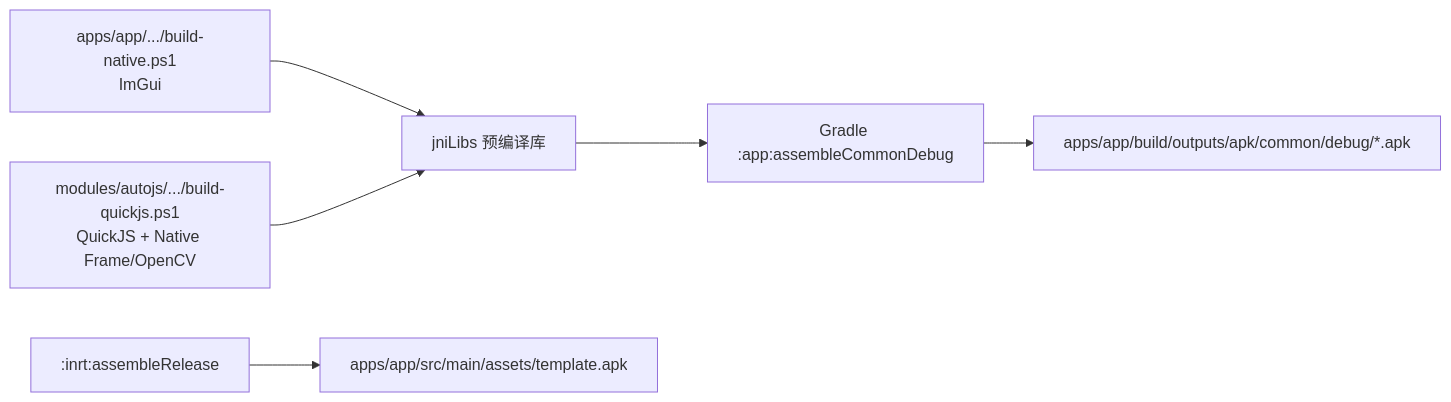
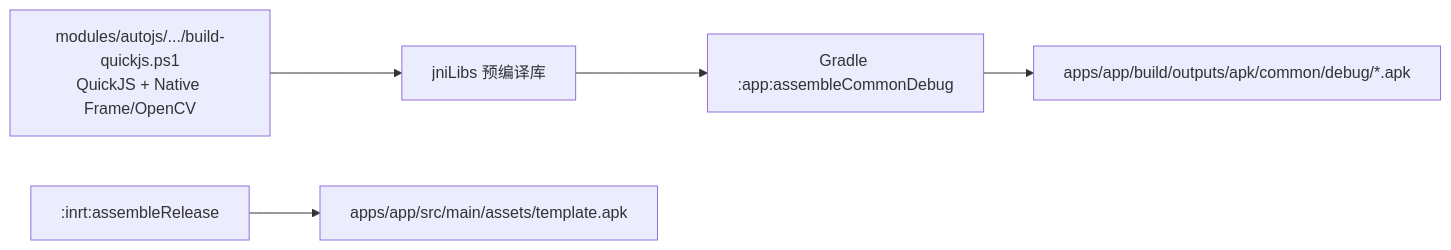
One commit to Jdkshen/ai.js-pro changed the diagram in docs/guides/编译指南.md. Above: the diagram before and after it, drawn with Mermaid. The commit also changed other lines of this file and 66 other files, not shown here.

````diff
--- a/docs/guides/编译指南.md
+++ b/docs/guides/编译指南.md
@@ -9,8 +9,7 @@
 ```mermaid
 flowchart LR
-    A["apps/app/.../build-native.ps1<br/>ImGui"] --> C[jniLibs 预编译库]
-    B["modules/autojs/.../build-quickjs.ps1<br/>QuickJS + Native Frame/OpenCV"] --> C
+    B["modules/autojs/.../build-quickjs.ps1<br/>QuickJS + Native Frame/OpenCV"] --> C[jniLibs 预编译库]
     C --> D["Gradle :app:assembleCommonDebug"]
     D --> E["apps/app/build/outputs/apk/common/debug/*.apk"]
     F[":inrt:assembleRelease"] --> G["apps/app/src/main/assets/template.apk"]
 ```
````
